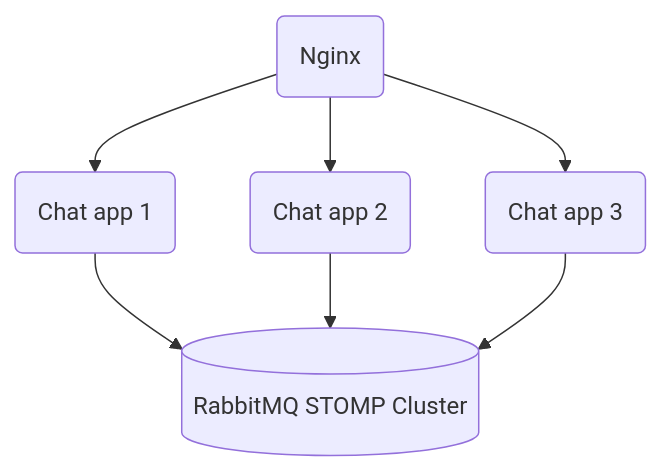
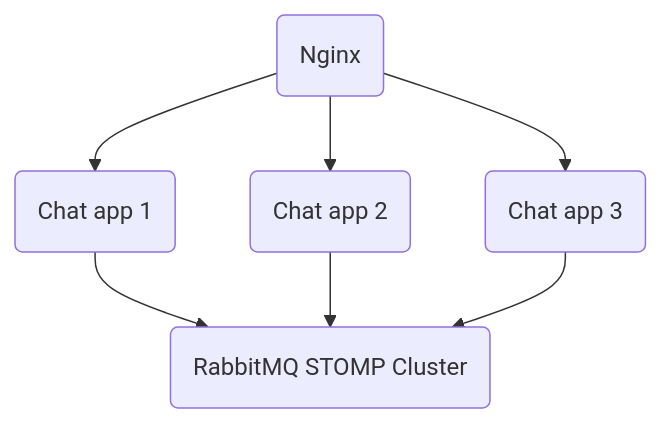
One commit to tungtv202/MyNote changed the second of 3 diagrams in ReviewBooks/ProJavaClusteringAndScalability.md. Above: the diagram before and after it, drawn with Mermaid. The commit also changed other lines of this file, not shown here.

````diff
--- a/ReviewBooks/ProJavaClusteringAndScalability.md
+++ b/ReviewBooks/ProJavaClusteringAndScalability.md
@@ -59,10 +66,11 @@
 ```mermaid
 graph TD
 N(Nginx)
 N --> C1(Chat app 1)
 N --> C2(Chat app 2)
 N --> C3(Chat app 3)
-C1 --> R[(RabbitMQ STOMP Cluster)]
+C1 --> R(RabbitMQ STOMP Cluster)
 C2 --> R
 C3 --> R
+
 ```
````
